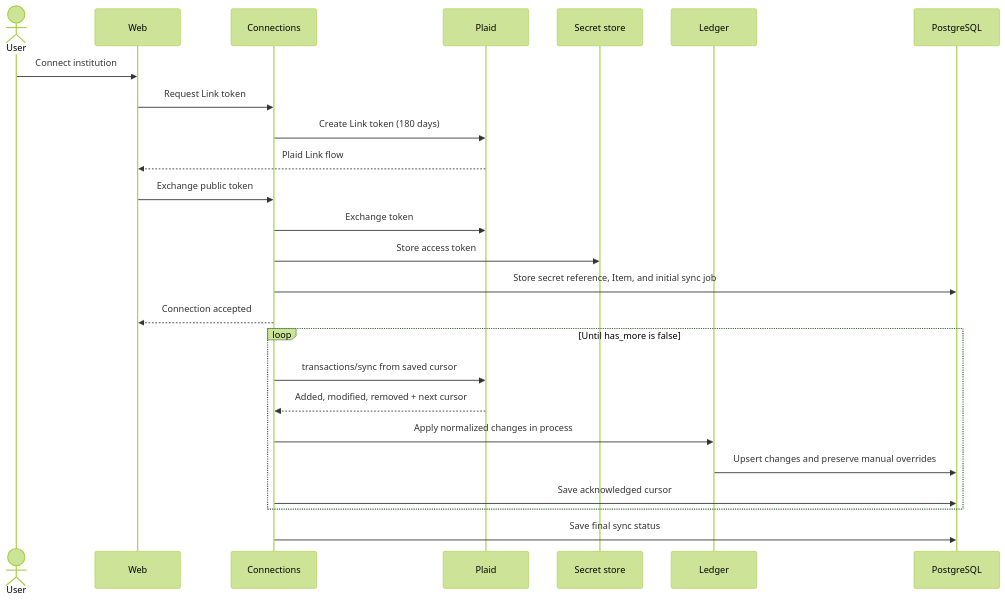
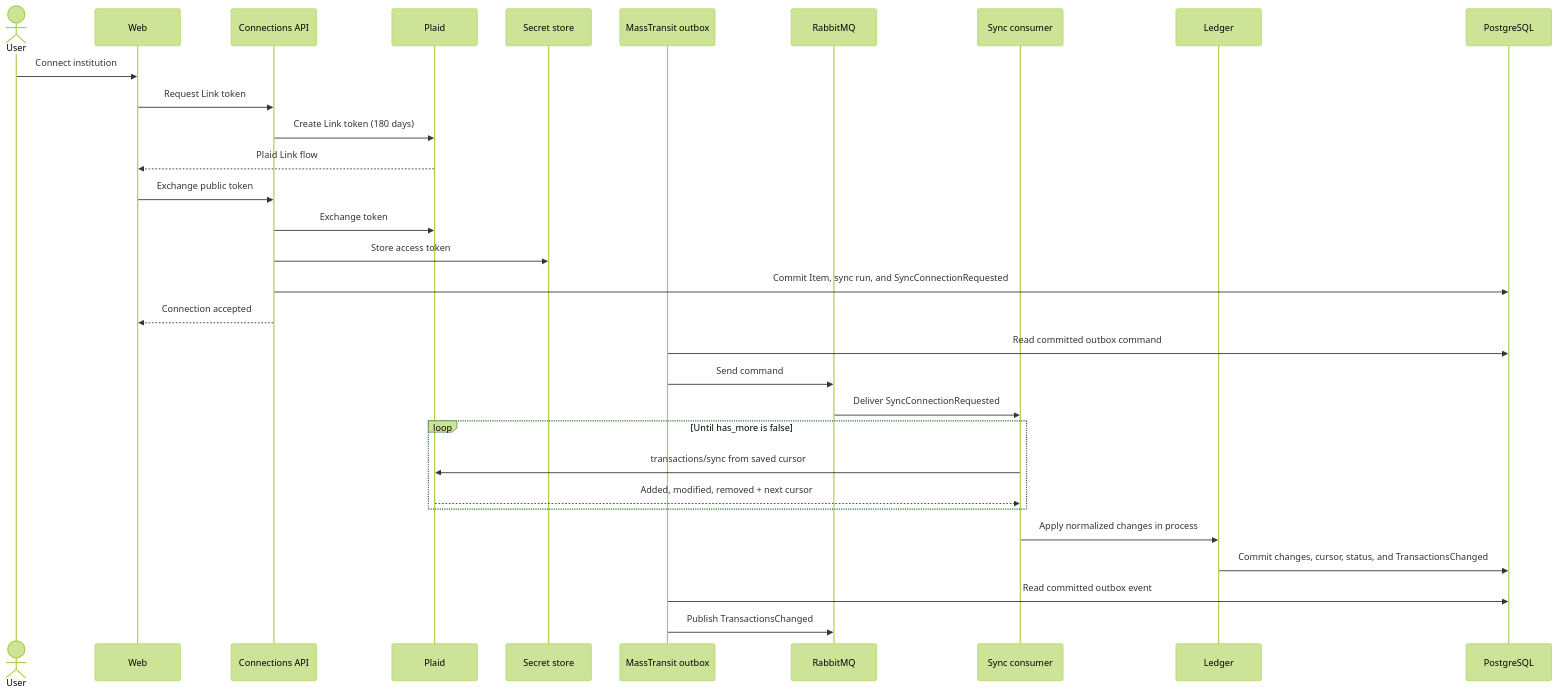
The third of 3 diagrams in docs/ARCHITECTURE.md (Stommasi19/DoughTracker), drawn with Mermaid (forest theme) before and after one commit. The commit also changed other lines of this file and 19 other files, not shown here.

````diff
--- a/docs/ARCHITECTURE.md
+++ b/docs/ARCHITECTURE.md
@@ -336,29 +359,35 @@
 ```mermaid
 sequenceDiagram
     actor User
     participant Web
-    participant C as Connections
+    participant C as Connections API
     participant P as Plaid
     participant S as Secret store
+    participant O as MassTransit outbox
+    participant R as RabbitMQ
+    participant W as Sync consumer
     participant L as Ledger
     participant DB as PostgreSQL
 
     User->>Web: Connect institution
     Web->>C: Request Link token
     C->>P: Create Link token (180 days)
     P-->>Web: Plaid Link flow
     Web->>C: Exchange public token
     C->>P: Exchange token
     C->>S: Store access token
-    C->>DB: Store secret reference, Item, and initial sync job
+    C->>DB: Commit Item, sync run, and SyncConnectionRequested
     C-->>Web: Connection accepted
+    O->>DB: Read committed outbox command
+    O->>R: Send command
+    R->>W: Deliver SyncConnectionRequested
 
     loop Until has_more is false
-        C->>P: transactions/sync from saved cursor
-        P-->>C: Added, modified, removed + next cursor
-        C->>L: Apply normalized changes in process
-        L->>DB: Upsert changes and preserve manual overrides
-        C->>DB: Save acknowledged cursor
+        W->>P: transactions/sync from saved cursor
+        P-->>W: Added, modified, removed + next cursor
     end
-    C->>DB: Save final sync status
+    W->>L: Apply normalized changes in process
+    L->>DB: Commit changes, cursor, status, and TransactionsChanged
+    O->>DB: Read committed outbox event
+    O->>R: Publish TransactionsChanged
 ```
````
